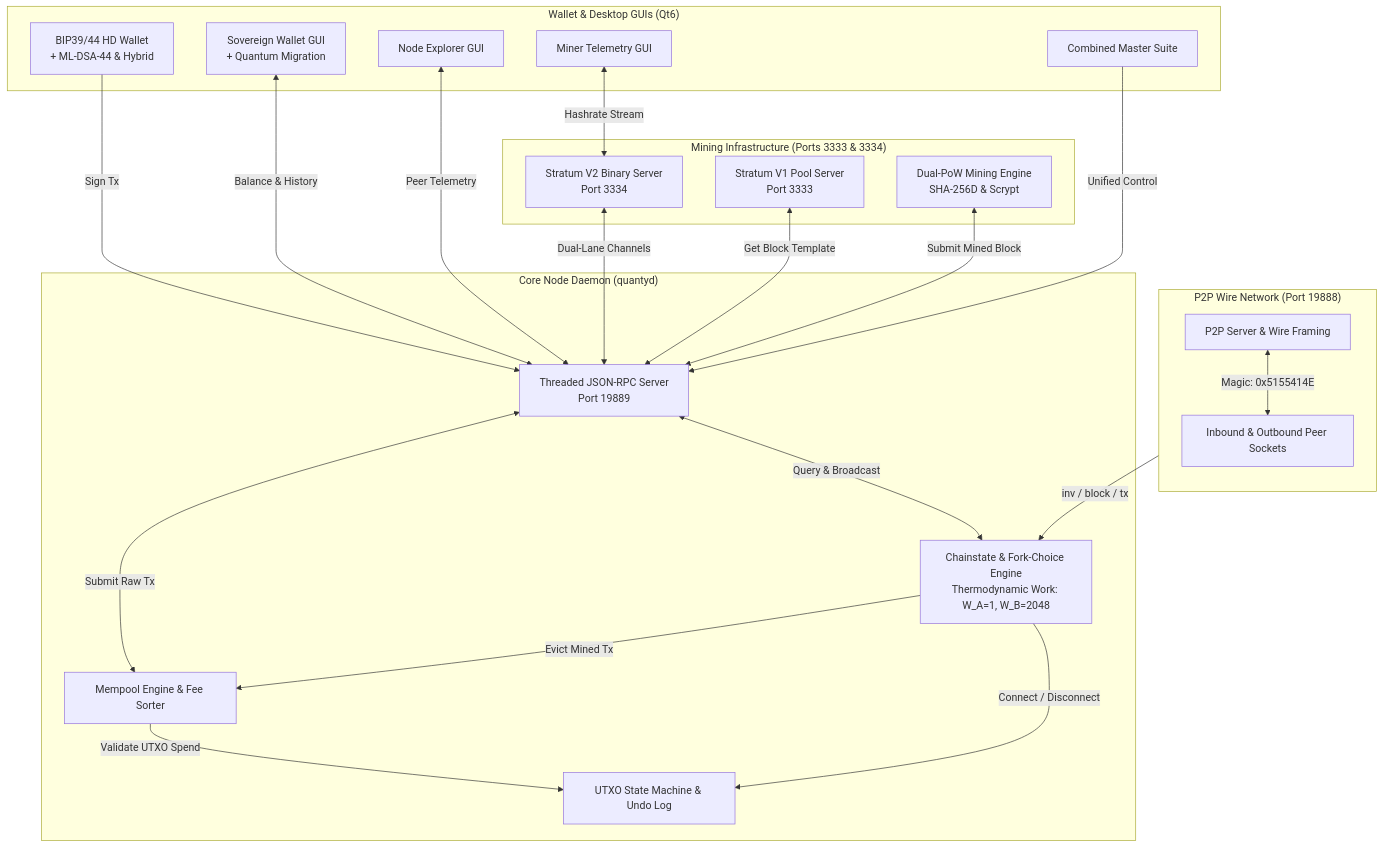
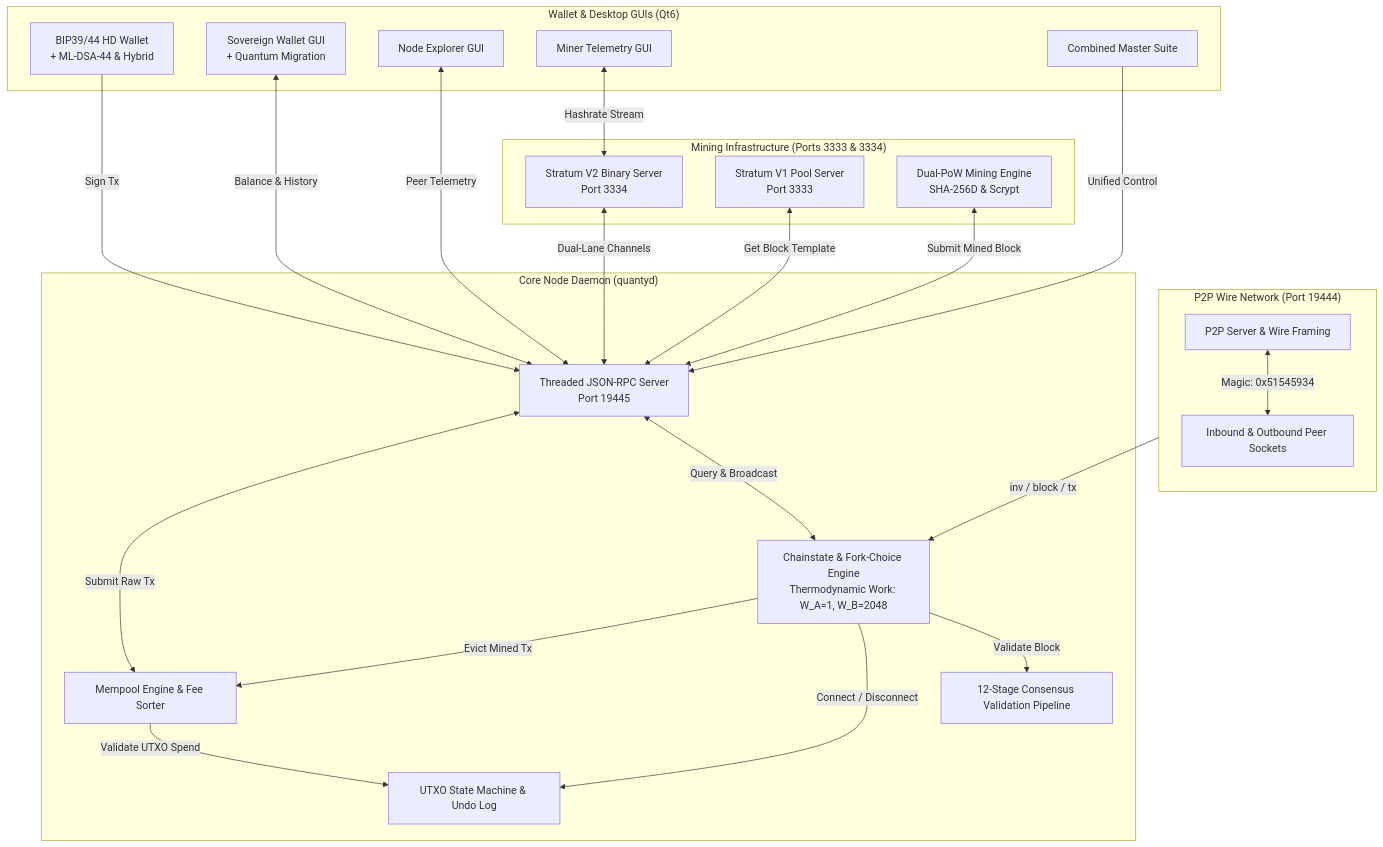
Before and after one commit to timfromhcs/QuantyCoin: the diagram in ARCHITECTURE.md, drawn with Mermaid. The commit also changed other lines of this file and 98 other files, not shown here.

````diff
--- a/ARCHITECTURE.md
+++ b/ARCHITECTURE.md
@@ -13,46 +13,48 @@
 ```mermaid
 graph TB
-    subgraph P2P ["P2P Wire Network (Port 19888)"]
+    subgraph P2P ["P2P Wire Network (Port 19444)"]
         direction TB
         MGR[P2P Server & Wire Framing]
         PEERS[Inbound & Outbound Peer Sockets]
-        MGR <-->|Magic: 0x5155414E| PEERS
+        MGR <-->|Magic: 0x51545934| PEERS
     end
 
     subgraph CORE ["Core Node Daemon (quantyd)"]
         CS[Chainstate & Fork-Choice Engine\nThermodynamic Work: W_A=1, W_B=2048]
         UTXO[UTXO State Machine & Undo Log]
         MEM[Mempool Engine & Fee Sorter]
-        RPC[Threaded JSON-RPC Server\nPort 19889]
+        VAL[12-Stage Consensus Validation Pipeline]
+        RPC[Threaded JSON-RPC Server\nPort 19445]
 
         MGR -->|inv / block / tx| CS
+        CS -->|Validate Block| VAL
         CS -->|Connect / Disconnect| UTXO
         MEM -->|Validate UTXO Spend| UTXO
         CS -->|Evict Mined Tx| MEM
         RPC <-->|Query & Broadcast| CS
         RPC <-->|Submit Raw Tx| MEM
     end
 
     subgraph MINING ["Mining Infrastructure (Ports 3333 & 3334)"]
         SV2[Stratum V2 Binary Server\nPort 3334]
         SV1[Stratum V1 Pool Server\nPort 3333]
         ENG[Dual-PoW Mining Engine\nSHA-256D & Scrypt]
         SV2 <-->|Dual-Lane Channels| RPC
         SV1 <-->|Get Block Template| RPC
         ENG <-->|Submit Mined Block| RPC
     end
 
     subgraph WALLET ["Wallet & Desktop GUIs (Qt6)"]
         HD[BIP39/44 HD Wallet\n+ ML-DSA-44 & Hybrid]
         GUI_W[Sovereign Wallet GUI\n+ Quantum Migration]
         GUI_N[Node Explorer GUI]
         GUI_M[Miner Telemetry GUI]
         GUI_S[Combined Master Suite]
 
         HD -->|Sign Tx| RPC
         GUI_W <-->|Balance & History| RPC
         GUI_N <-->|Peer Telemetry| RPC
         GUI_M <-->|Hashrate Stream| SV2
         GUI_S -->|Unified Control| RPC
     end
 ```
````
